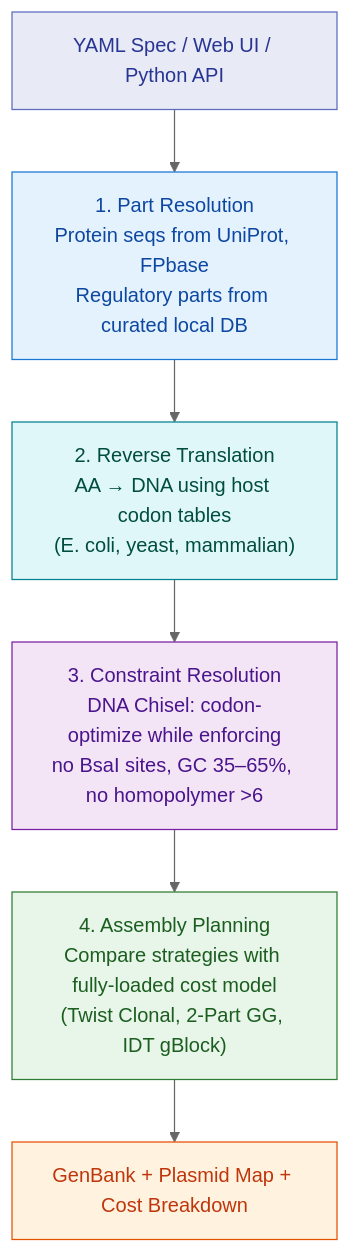
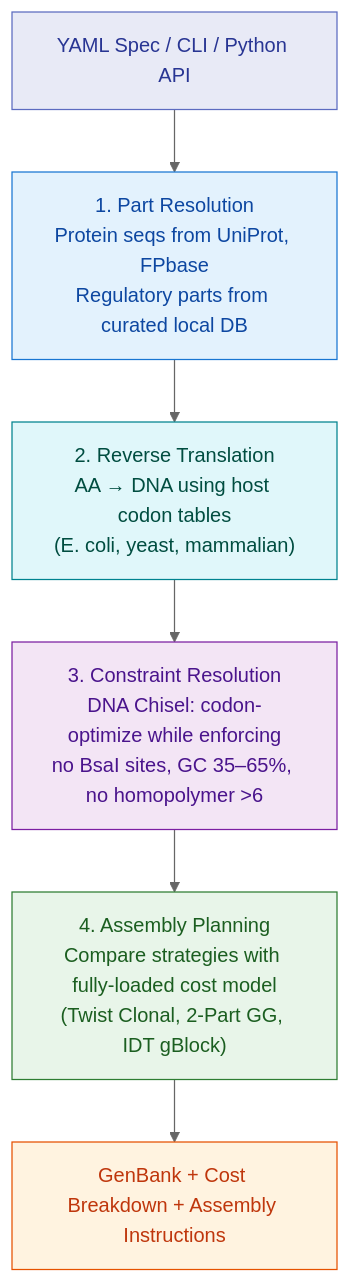
One commit to chemrich/construct-compiler changed the diagram in README.md. Above: the diagram before and after it, drawn with Mermaid (neutral theme). The commit also changed other lines of this file, not shown here.

````diff
--- a/README.md
+++ b/README.md
@@ -298,16 +114,16 @@
 ```mermaid
 flowchart TD
-    A["YAML Spec / Web UI / Python API"] --> B
+    A["YAML Spec / CLI / Python API"] --> B
     B["1. Part Resolution\nProtein seqs from UniProt, FPbase\nRegulatory parts from curated local DB"] --> C
     C["2. Reverse Translation\nAA → DNA using host codon tables\n(E. coli, yeast, mammalian)"] --> D
     D["3. Constraint Resolution\nDNA Chisel: codon-optimize while enforcing\nno BsaI sites, GC 35–65%, no homopolymer >6"] --> E
     E["4. Assembly Planning\nCompare strategies with fully-loaded cost model\n(Twist Clonal, 2-Part GG, IDT gBlock)"] --> F
-    F["GenBank + Plasmid Map + Cost Breakdown"]
+    F["GenBank + Cost Breakdown + Assembly Instructions"]
 
     style A fill:#e8eaf6,stroke:#5c6bc0,color:#283593
     style B fill:#e3f2fd,stroke:#1976d2,color:#0d47a1
     style C fill:#e0f7fa,stroke:#00838f,color:#004d40
     style D fill:#f3e5f5,stroke:#7b1fa2,color:#4a148c
     style E fill:#e8f5e9,stroke:#2e7d32,color:#1b5e20
     style F fill:#fff3e0,stroke:#e65100,color:#bf360c
 ```
````
